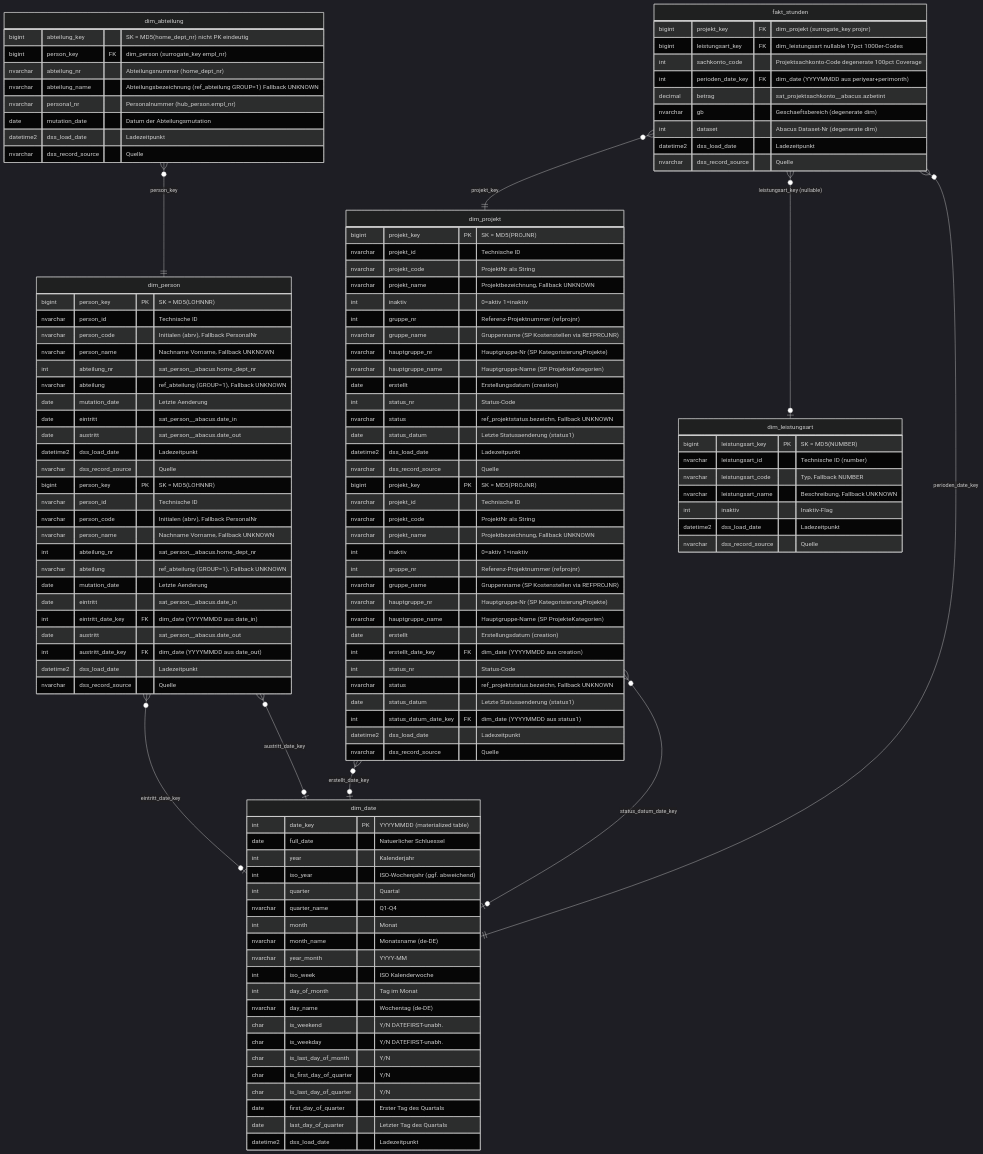
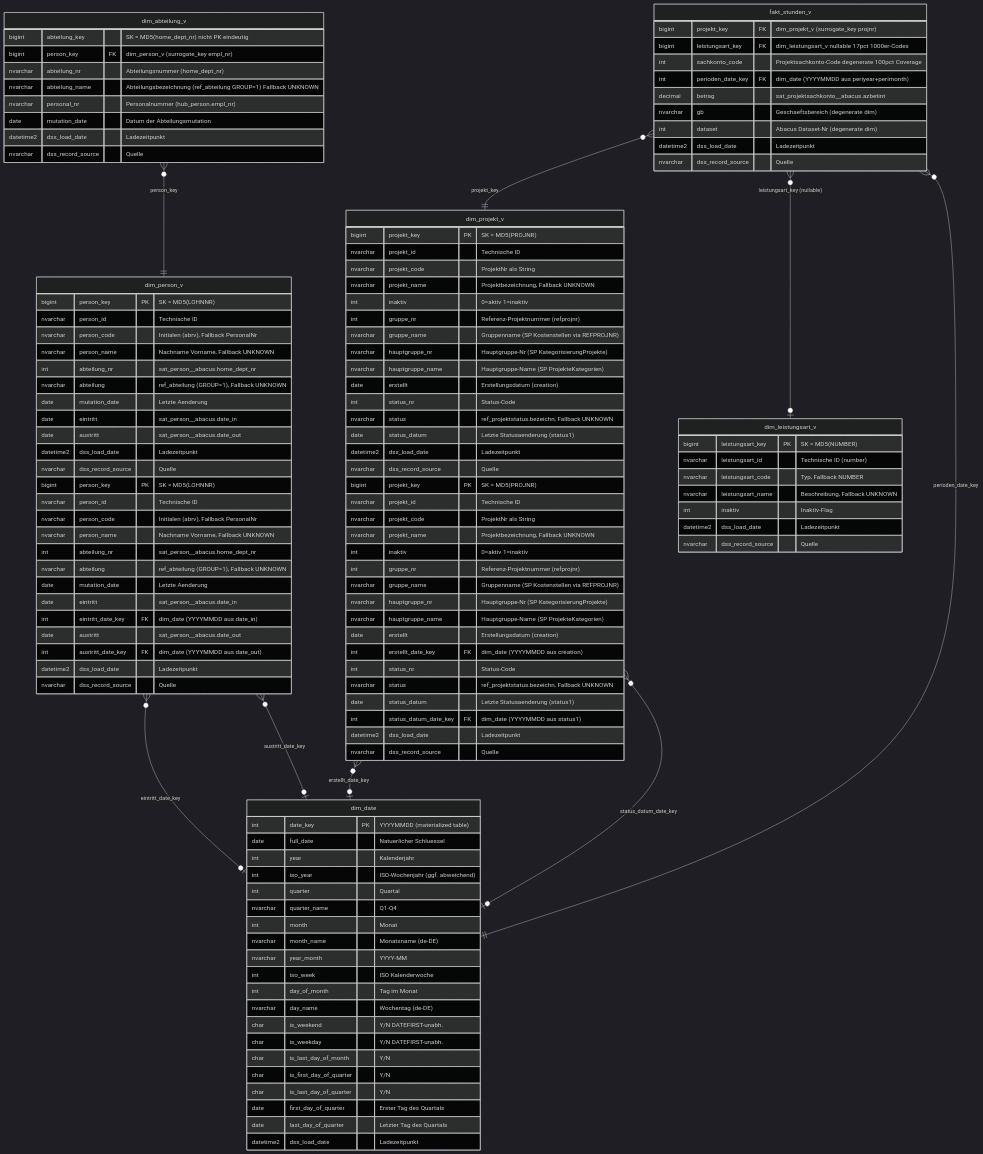
The diagram in design/mart/er-mart-project.mmd (fellnerd/datavault-dbt), drawn with Mermaid (dark theme) before and after one commit. The commit also changed 26 other files, not shown here.

```diff
--- a/design/mart/er-mart-project.mmd
+++ b/design/mart/er-mart-project.mmd
@@ -1,136 +1,136 @@
 
 erDiagram
 
 
-    dim_abteilung {
+    dim_abteilung_v {
         bigint abteilung_key "SK = MD5(home_dept_nr) nicht PK eindeutig"
-        bigint person_key FK "dim_person (surrogate_key empl_nr)"
+        bigint person_key FK "dim_person_v (surrogate_key empl_nr)"
         nvarchar abteilung_nr "Abteilungsnummer (home_dept_nr)"
         nvarchar abteilung_name "Abteilungsbezeichnung (ref_abteilung GROUP=1) Fallback UNKNOWN"
         nvarchar personal_nr "Personalnummer (hub_person.empl_nr)"
         date mutation_date "Datum der Abteilungsmutation"
         datetime2 dss_load_date "Ladezeitpunkt"
         nvarchar dss_record_source "Quelle"
     }
 
-    dim_person {
+    dim_person_v {
         bigint person_key PK "SK = MD5(LOHNNR)"
         nvarchar person_id "Technische ID"
         nvarchar person_code "Initialen (abrv), Fallback PersonalNr"
         nvarchar person_name "Nachname Vorname, Fallback UNKNOWN"
         int abteilung_nr "sat_person__abacus.home_dept_nr"
         nvarchar abteilung "ref_abteilung (GROUP=1), Fallback UNKNOWN"
         date mutation_date "Letzte Aenderung"
         date eintritt "sat_person__abacus.date_in"
         date austritt "sat_person__abacus.date_out"
         datetime2 dss_load_date "Ladezeitpunkt"
         nvarchar dss_record_source "Quelle"
     }
 
-    dim_projekt {
+    dim_projekt_v {
         bigint projekt_key PK "SK = MD5(PROJNR)"
         nvarchar projekt_id "Technische ID"
         nvarchar projekt_code "ProjektNr als String"
         nvarchar projekt_name "Projektbezeichnung, Fallback UNKNOWN"
         int inaktiv "0=aktiv 1=inaktiv"
         int gruppe_nr "Referenz-Projektnummer (refprojnr)"
         nvarchar gruppe_name "Gruppenname (SP Kostenstellen via REFPROJNR)"
         nvarchar hauptgruppe_nr "Hauptgruppe-Nr (SP KategorisierungProjekte)"
         nvarchar hauptgruppe_name "Hauptgruppe-Name (SP ProjekteKategorien)"
         date erstellt "Erstellungsdatum (creation)"
         int status_nr "Status-Code"
         nvarchar status "ref_projektstatus.bezeichn, Fallback UNKNOWN"
         date status_datum "Letzte Statusaenderung (status1)"
         datetime2 dss_load_date "Ladezeitpunkt"
         nvarchar dss_record_source "Quelle"
     }
 
-    dim_leistungsart {
+    dim_leistungsart_v {
         bigint leistungsart_key PK "SK = MD5(NUMBER)"
         nvarchar leistungsart_id "Technische ID (number)"
         nvarchar leistungsart_code "Typ, Fallback NUMBER"
         nvarchar leistungsart_name "Beschreibung, Fallback UNKNOWN"
         int inaktiv "Inaktiv-Flag"
         datetime2 dss_load_date "Ladezeitpunkt"
         nvarchar dss_record_source "Quelle"
     }
 
     dim_date {
         int date_key PK "YYYYMMDD (materialized table)"
         date full_date "Natuerlicher Schluessel"
         int year "Kalenderjahr"
         int iso_year "ISO-Wochenjahr (ggf. abweichend)"
         int quarter "Quartal"
         nvarchar quarter_name "Q1-Q4"
         int month "Monat"
         nvarchar month_name "Monatsname (de-DE)"
         nvarchar year_month "YYYY-MM"
         int iso_week "ISO Kalenderwoche"
         int day_of_month "Tag im Monat"
         nvarchar day_name "Wochentag (de-DE)"
         char is_weekend "Y/N DATEFIRST-unabh."
         char is_weekday "Y/N DATEFIRST-unabh."
         char is_last_day_of_month "Y/N"
         char is_first_day_of_quarter "Y/N"
         char is_last_day_of_quarter "Y/N"
         date first_day_of_quarter "Erster Tag des Quartals"
         date last_day_of_quarter "Letzter Tag des Quartals"
         datetime2 dss_load_date "Ladezeitpunkt"
     }
 
-    dim_person {
+    dim_person_v {
         bigint person_key PK "SK = MD5(LOHNNR)"
         nvarchar person_id "Technische ID"
         nvarchar person_code "Initialen (abrv), Fallback PersonalNr"
         nvarchar person_name "Nachname Vorname, Fallback UNKNOWN"
         int abteilung_nr "sat_person__abacus.home_dept_nr"
         nvarchar abteilung "ref_abteilung (GROUP=1), Fallback UNKNOWN"
         date mutation_date "Letzte Aenderung"
         date eintritt "sat_person__abacus.date_in"
         int eintritt_date_key FK "dim_date (YYYYMMDD aus date_in)"
         date austritt "sat_person__abacus.date_out"
         int austritt_date_key FK "dim_date (YYYYMMDD aus date_out)"
         datetime2 dss_load_date "Ladezeitpunkt"
         nvarchar dss_record_source "Quelle"
     }
 
-    dim_projekt {
+    dim_projekt_v {
         bigint projekt_key PK "SK = MD5(PROJNR)"
         nvarchar projekt_id "Technische ID"
         nvarchar projekt_code "ProjektNr als String"
         nvarchar projekt_name "Projektbezeichnung, Fallback UNKNOWN"
         int inaktiv "0=aktiv 1=inaktiv"
         int gruppe_nr "Referenz-Projektnummer (refprojnr)"
         nvarchar gruppe_name "Gruppenname (SP Kostenstellen via REFPROJNR)"
         nvarchar hauptgruppe_nr "Hauptgruppe-Nr (SP KategorisierungProjekte)"
         nvarchar hauptgruppe_name "Hauptgruppe-Name (SP ProjekteKategorien)"
         date erstellt "Erstellungsdatum (creation)"
         int erstellt_date_key FK "dim_date (YYYYMMDD aus creation)"
         int status_nr "Status-Code"
         nvarchar status "ref_projektstatus.bezeichn, Fallback UNKNOWN"
         date status_datum "Letzte Statusaenderung (status1)"
         int status_datum_date_key FK "dim_date (YYYYMMDD aus status1)"
         datetime2 dss_load_date "Ladezeitpunkt"
         nvarchar dss_record_source "Quelle"
     }
 
-    fakt_stunden {
-        bigint projekt_key FK "dim_projekt (surrogate_key projnr)"
-        bigint leistungsart_key FK "dim_leistungsart nullable 17pct 1000er-Codes"
+    fakt_stunden_v {
+        bigint projekt_key FK "dim_projekt_v (surrogate_key projnr)"
+        bigint leistungsart_key FK "dim_leistungsart_v nullable 17pct 1000er-Codes"
         int sachkonto_code "Projektsachkonto-Code degenerate 100pct Coverage"
         int perioden_date_key FK "dim_date (YYYYMMDD aus periyear+perimonth)"
         decimal betrag "sat_projektsachkonto__abacus.azbetint"
         nvarchar gb "Geschaeftsbereich (degenerate dim)"
         int dataset "Abacus Dataset-Nr (degenerate dim)"
         datetime2 dss_load_date "Ladezeitpunkt"
         nvarchar dss_record_source "Quelle"
     }
 
-    fakt_stunden }o--|| dim_projekt : "projekt_key"
-    fakt_stunden }o--o| dim_leistungsart : "leistungsart_key (nullable)"
-    fakt_stunden }o--|| dim_date : "perioden_date_key"
-    dim_abteilung }o--|| dim_person : "person_key"
-    dim_person }o--o| dim_date : "eintritt_date_key"
-    dim_person }o--o| dim_date : "austritt_date_key"
-    dim_projekt }o--o| dim_date : "erstellt_date_key"
-    dim_projekt }o--o| dim_date : "status_datum_date_key"
+    fakt_stunden_v }o--|| dim_projekt_v : "projekt_key"
+    fakt_stunden_v }o--o| dim_leistungsart_v : "leistungsart_key (nullable)"
+    fakt_stunden_v }o--|| dim_date : "perioden_date_key"
+    dim_abteilung_v }o--|| dim_person_v : "person_key"
+    dim_person_v }o--o| dim_date : "eintritt_date_key"
+    dim_person_v }o--o| dim_date : "austritt_date_key"
+    dim_projekt_v }o--o| dim_date : "erstellt_date_key"
+    dim_projekt_v }o--o| dim_date : "status_datum_date_key"
```
